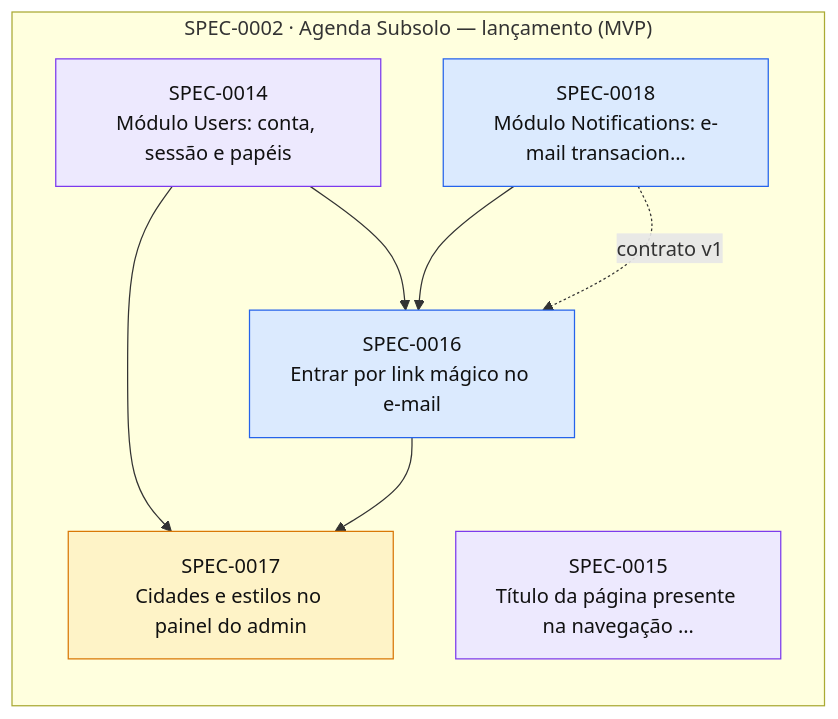
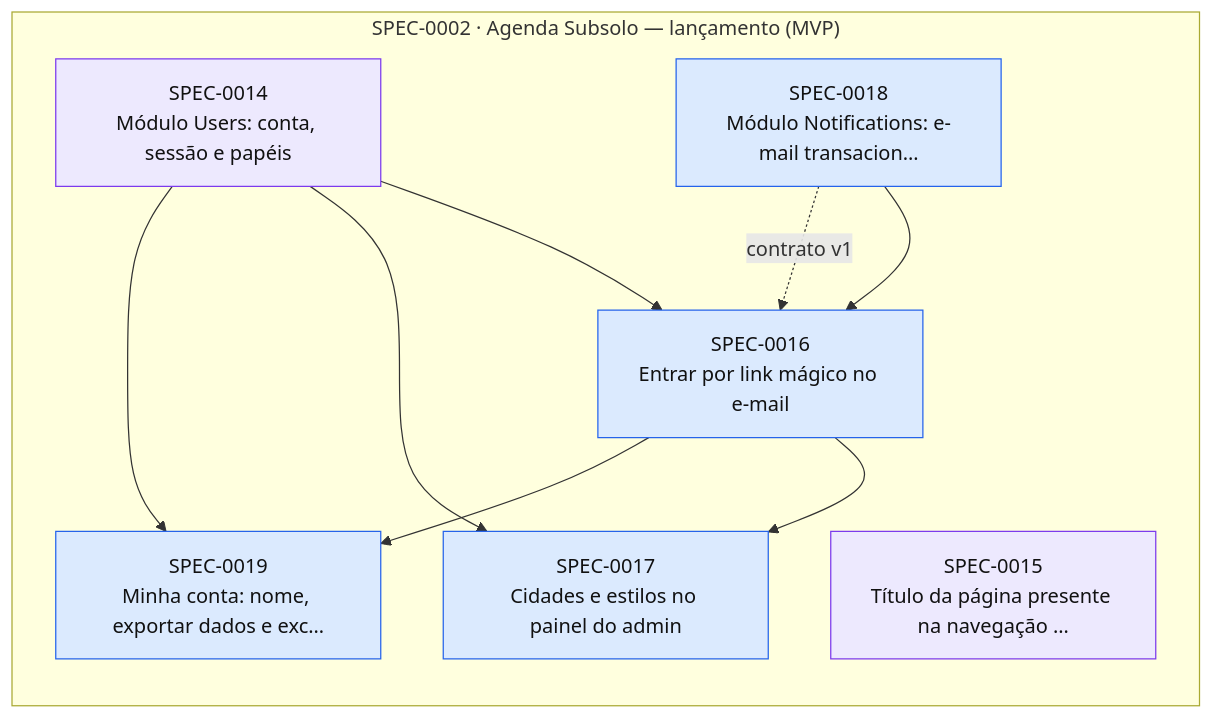
One commit to thomasravache/subsolo changed the diagram in docs/specs/INDEX.md. Above: the diagram before and after it, drawn with Mermaid. The commit also changed other lines of this file and 3 other files, not shown here.

First line of the commit message:
docs(sdd): add and approve SPEC-0019 (Minha conta) and approve SPEC-0017 under the standing autopilot

````diff
--- a/docs/specs/INDEX.md
+++ b/docs/specs/INDEX.md
@@ -67,20 +69,23 @@
 ```mermaid
 flowchart LR
   subgraph E0002["SPEC-0002 · Agenda Subsolo — lançamento (MVP)"]
     S0014["SPEC-0014<br/>Módulo Users: conta, sessão e papéis"]:::inprogress
     S0015["SPEC-0015<br/>Título da página presente na navegação …"]:::inprogress
     S0016["SPEC-0016<br/>Entrar por link mágico no e-mail"]:::approved
-    S0017["SPEC-0017<br/>Cidades e estilos no painel do admin"]:::proposed
+    S0017["SPEC-0017<br/>Cidades e estilos no painel do admin"]:::approved
     S0018["SPEC-0018<br/>Módulo Notifications: e-mail transacion…"]:::approved
+    S0019["SPEC-0019<br/>Minha conta: nome, exportar dados e exc…"]:::approved
   end
   S0014 --> S0016
   S0018 --> S0016
   S0018 -. contrato v1 .-> S0016
   S0014 --> S0017
   S0016 --> S0017
+  S0014 --> S0019
+  S0016 --> S0019
   classDef proposed fill:#fef3c7,stroke:#d97706,color:#111
   classDef approved fill:#dbeafe,stroke:#2563eb,color:#111
   classDef inprogress fill:#ede9fe,stroke:#7c3aed,color:#111
   classDef implemented fill:#dcfce7,stroke:#16a34a,color:#111
   classDef deprecated fill:#f3f4f6,stroke:#9ca3af,color:#6b7280
 ```
````
